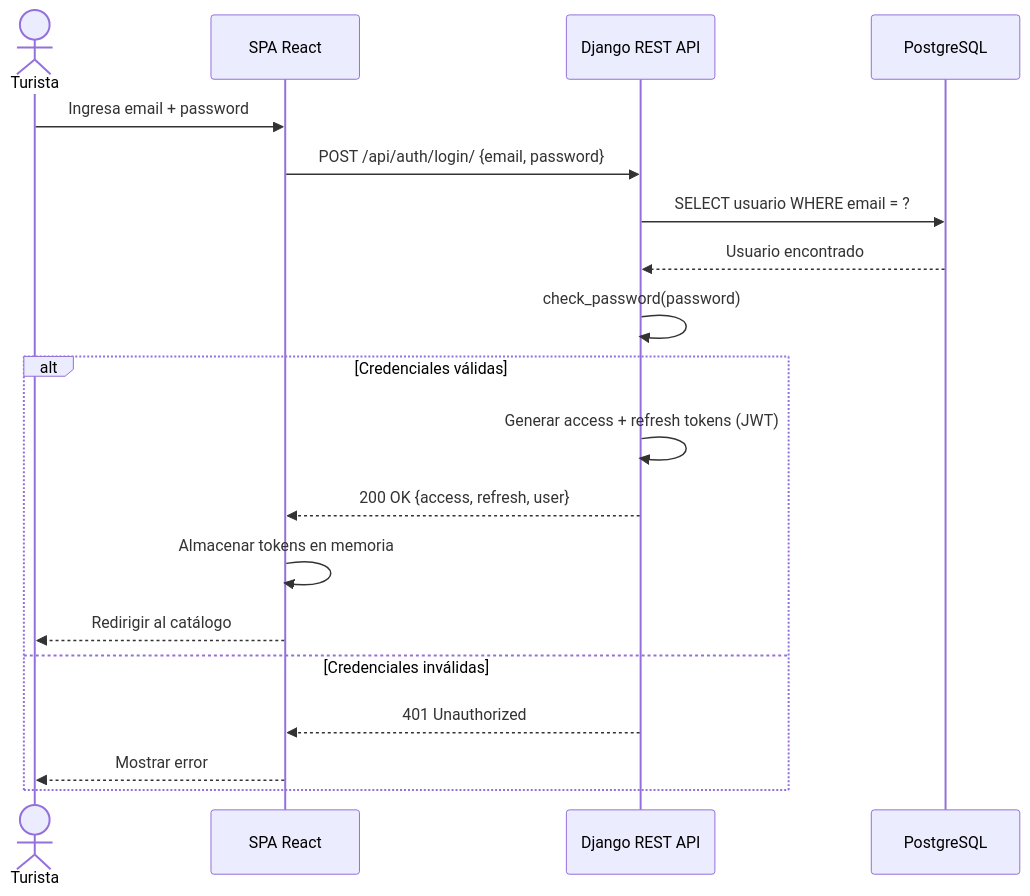
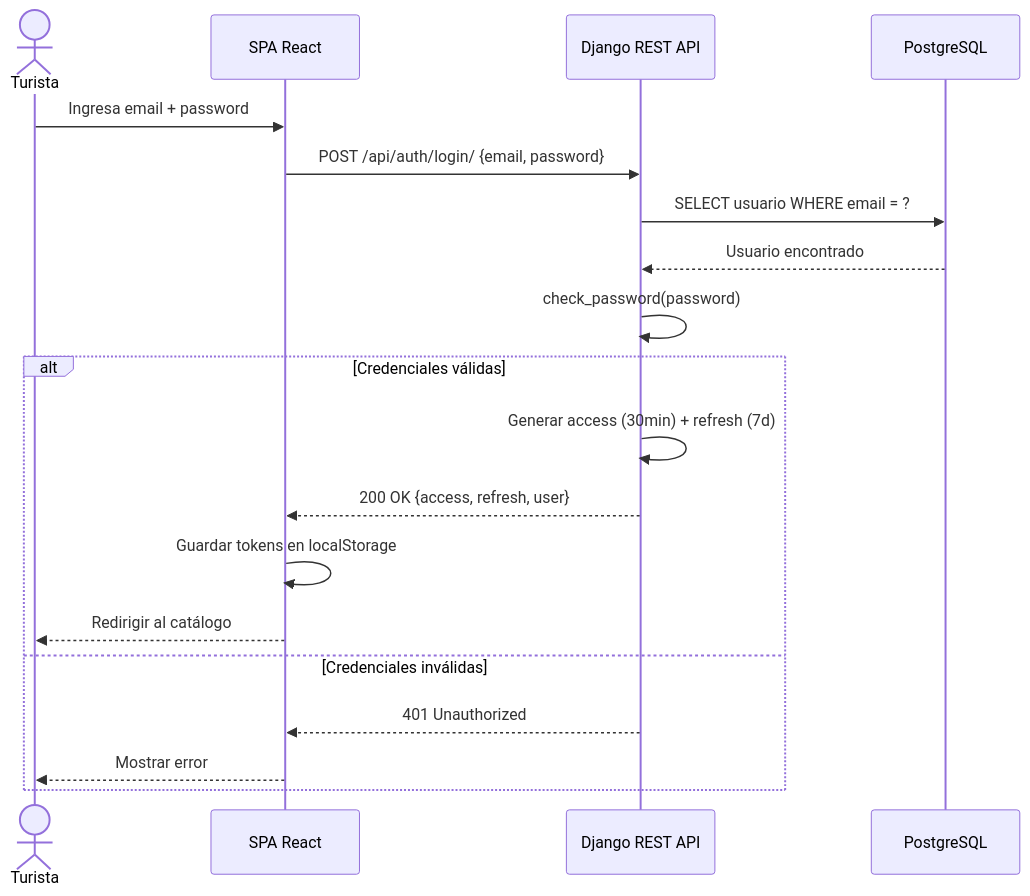
Before and after one commit to SajorIARA/proyecto-de-sistemas: the first of 10 diagrams in docs/architecture/03-secuencia.md, drawn with Mermaid. The commit also changed other lines of this file and 227 other files, not shown here.

````diff
--- a/docs/architecture/03-secuencia.md
+++ b/docs/architecture/03-secuencia.md
@@ -3,22 +3,22 @@
 ```mermaid
 sequenceDiagram
     actor Turista
     participant Frontend as SPA React
     participant API as Django REST API
     participant DB as PostgreSQL
 
     Turista->>Frontend: Ingresa email + password
     Frontend->>API: POST /api/auth/login/ {email, password}
     API->>DB: SELECT usuario WHERE email = ?
     DB-->>API: Usuario encontrado
     API->>API: check_password(password)
     alt Credenciales válidas
-        API->>API: Generar access + refresh tokens (JWT)
+        API->>API: Generar access (30min) + refresh (7d)
         API-->>Frontend: 200 OK {access, refresh, user}
-        Frontend->>Frontend: Almacenar tokens en memoria
+        Frontend->>Frontend: Guardar tokens en localStorage
         Frontend-->>Turista: Redirigir al catálogo
     else Credenciales inválidas
         API-->>Frontend: 401 Unauthorized
         Frontend-->>Turista: Mostrar error
     end
 ```
````
